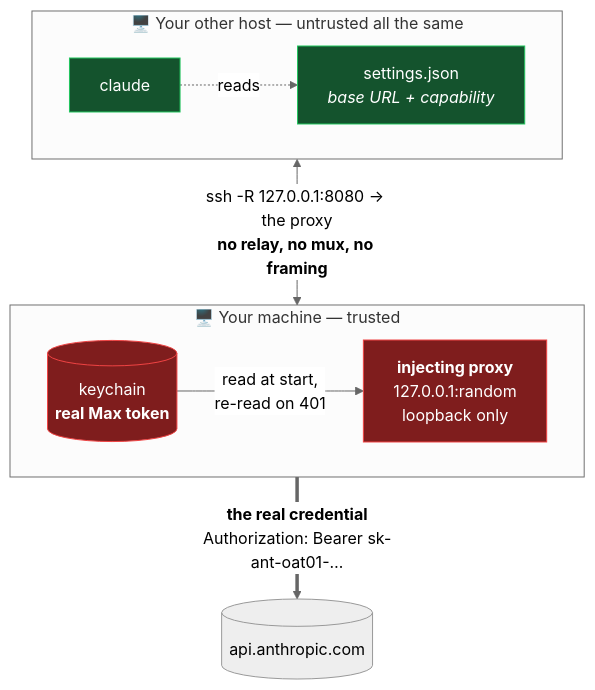
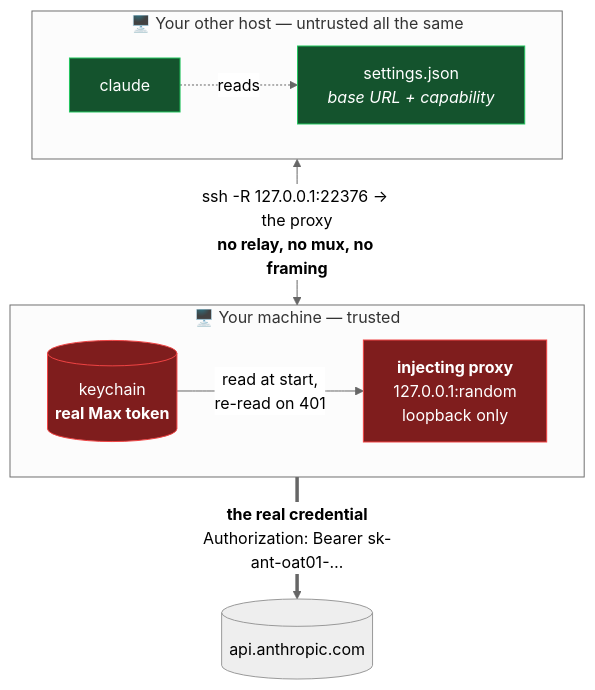
Before and after one commit to metcalfc/imp: the second of 5 diagrams in README.md, drawn with Mermaid (neutral theme). The commit also changed other lines of this file and 1 other file, not shown here.

````diff
--- a/README.md
+++ b/README.md
@@ -187,26 +194,26 @@
 ```mermaid
 flowchart TB
     subgraph home["🖥️  Your machine — trusted"]
         direction LR
         KC[("keychain<br/><b>real Max token</b>")]
         PX["<b>injecting proxy</b><br/>127.0.0.1:random<br/>loopback only"]
         KC -->|"read at start,<br/>re-read on 401"| PX
     end
 
     API[("api.anthropic.com")]
 
     subgraph box["🖥️  Your other host — untrusted all the same"]
         direction LR
         CC["claude"]
         SJ["settings.json<br/><i>base URL + capability</i>"]
         CC -.->|reads| SJ
     end
 
     PX ==>|"<b>the real credential</b><br/>Authorization: Bearer sk-ant-oat01-…"| API
-    CC <-->|"ssh -R 127.0.0.1:8080 → the proxy<br/><b>no relay, no mux, no framing</b>"| PX
+    CC <-->|"ssh -R 127.0.0.1:22376 → the proxy<br/><b>no relay, no mux, no framing</b>"| PX
 
     classDef secret fill:#7f1d1d,stroke:#ef4444,color:#fff
     classDef inert fill:#14532d,stroke:#22c55e,color:#fff
     class KC,PX secret
     class SJ,CC inert
 ```
````
